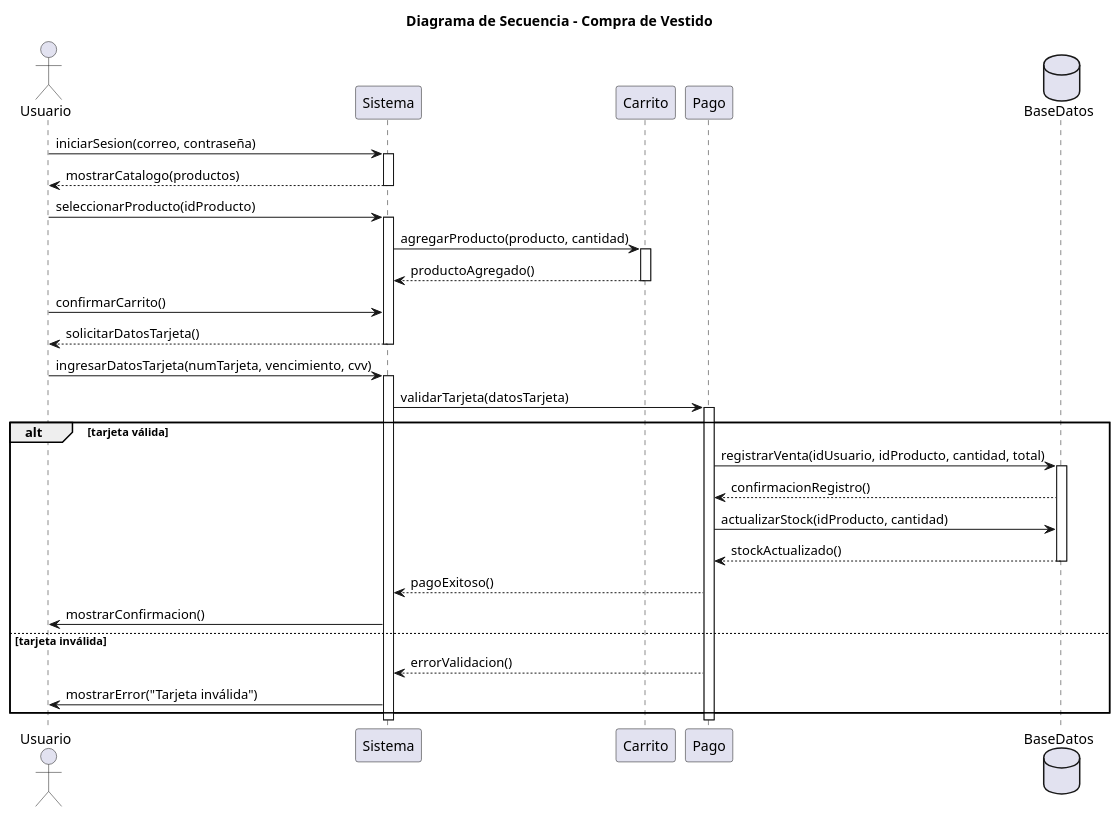
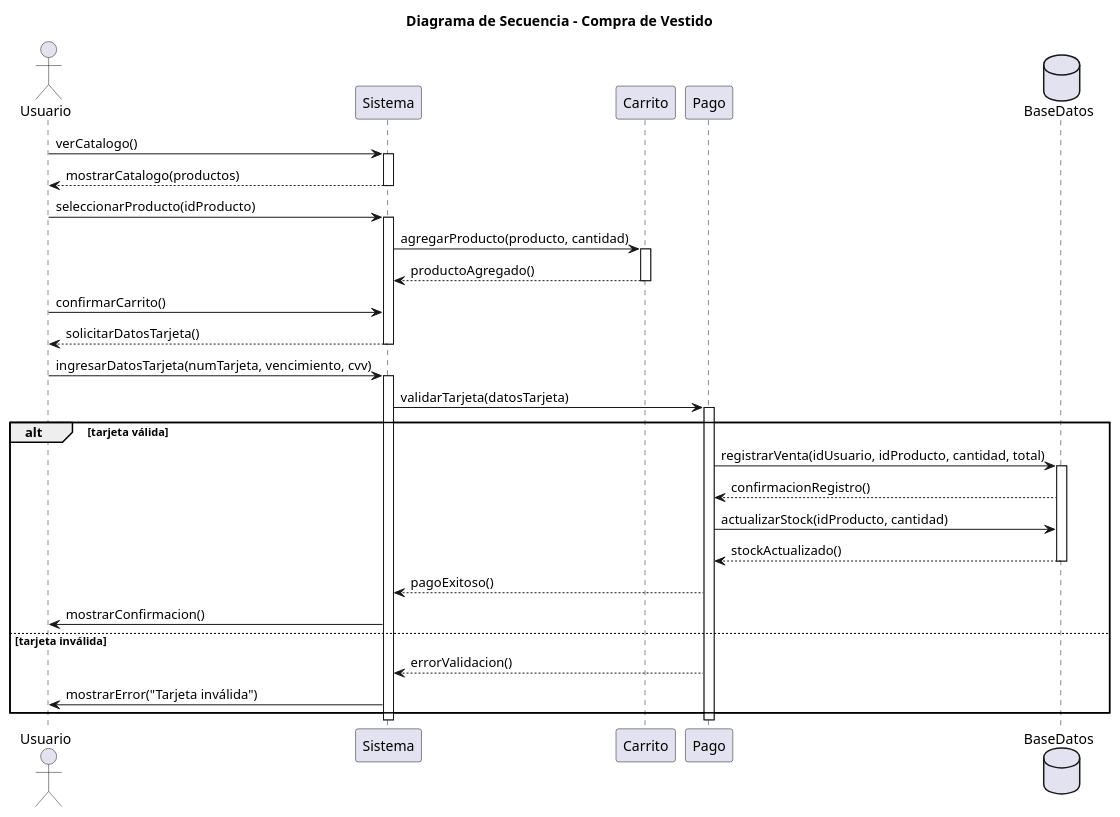
Before and after one commit to Luci1274/plant: the diagram in Final_ing2/Diagrama_secuencia_Gonzalez_compra_vestido.puml, drawn with PlantUML. The commit also changed 19 other files, not shown here.

```diff
--- a/Final_ing2/Diagrama_secuencia_Gonzalez_compra_vestido.puml
+++ b/Final_ing2/Diagrama_secuencia_Gonzalez_compra_vestido.puml
@@ -1,50 +1,50 @@
 @startuml
 title Diagrama de Secuencia - Compra de Vestido
 
 actor Usuario
 participant Sistema
 participant Carrito
 participant Pago
 database BaseDatos
 
 ' === Flujo principal ===
-Usuario -> Sistema : iniciarSesion(correo, contraseña)
+Usuario -> Sistema : verCatalogo()
 activate Sistema
 Sistema --> Usuario : mostrarCatalogo(productos)
 deactivate Sistema
 Usuario -> Sistema : seleccionarProducto(idProducto)
 activate Sistema
 
 Sistema -> Carrito : agregarProducto(producto, cantidad)
 activate Carrito
 Carrito --> Sistema : productoAgregado()
 deactivate Carrito
 
 Usuario -> Sistema : confirmarCarrito()
 Sistema --> Usuario : solicitarDatosTarjeta()
 deactivate Sistema
 Usuario -> Sistema : ingresarDatosTarjeta(numTarjeta, vencimiento, cvv)
 activate Sistema
 
 Sistema -> Pago : validarTarjeta(datosTarjeta)
 activate Pago
 
 alt tarjeta válida
   Pago -> BaseDatos : registrarVenta(idUsuario, idProducto, cantidad, total)
   activate BaseDatos
   BaseDatos --> Pago : confirmacionRegistro()
   Pago -> BaseDatos : actualizarStock(idProducto, cantidad)
   BaseDatos --> Pago : stockActualizado()
   deactivate BaseDatos
   
   Pago --> Sistema : pagoExitoso()
   Sistema -> Usuario : mostrarConfirmacion()
 else tarjeta inválida
   Pago --> Sistema : errorValidacion()
   Sistema -> Usuario : mostrarError("Tarjeta inválida")
 end
 
 deactivate Pago
 deactivate Sistema
 
 @enduml
```
